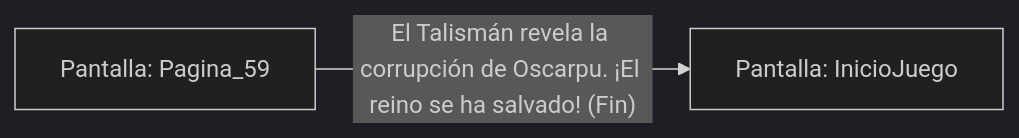
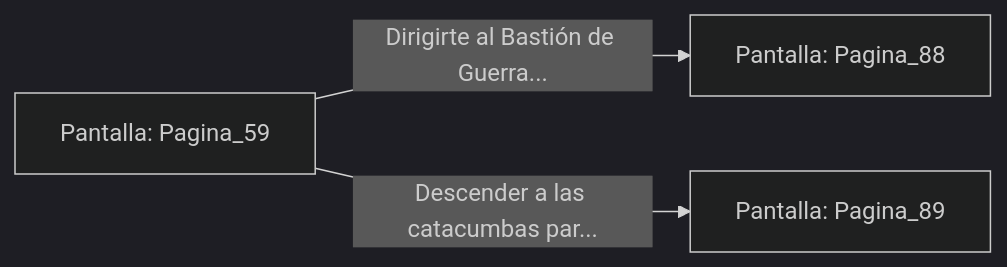
The diagram in sample/eligejuego-vault/Pantalla_Pagina_59.md (metsuke/mpl), drawn with Mermaid (dark theme) before and after one commit. The commit also changed other lines of this file and 635 other files, not shown here.

First line of the commit message:
fix: añadir Pagina_1 como pantalla inicial en capitulo_01.mpl

````diff
--- a/sample/eligejuego-vault/Pantalla_Pagina_59.md
+++ b/sample/eligejuego-vault/Pantalla_Pagina_59.md
@@ -14,5 +22,6 @@
 ```mermaid
 graph LR
     P_Pagina_59["Pantalla: Pagina_59"]
-    P_Pagina_59 -->|"El Talismán revela la corrupción de Oscarpu. ¡El reino se ha salvado! (Fin)"| P_InicioJuego["Pantalla: InicioJuego"]
+    P_Pagina_59 -->|"Dirigirte al Bastión de Guerra..."| P_Pagina_88["Pantalla: Pagina_88"]
+    P_Pagina_59 -->|"Descender a las catacumbas par..."| P_Pagina_89["Pantalla: Pagina_89"]
 ```
````
